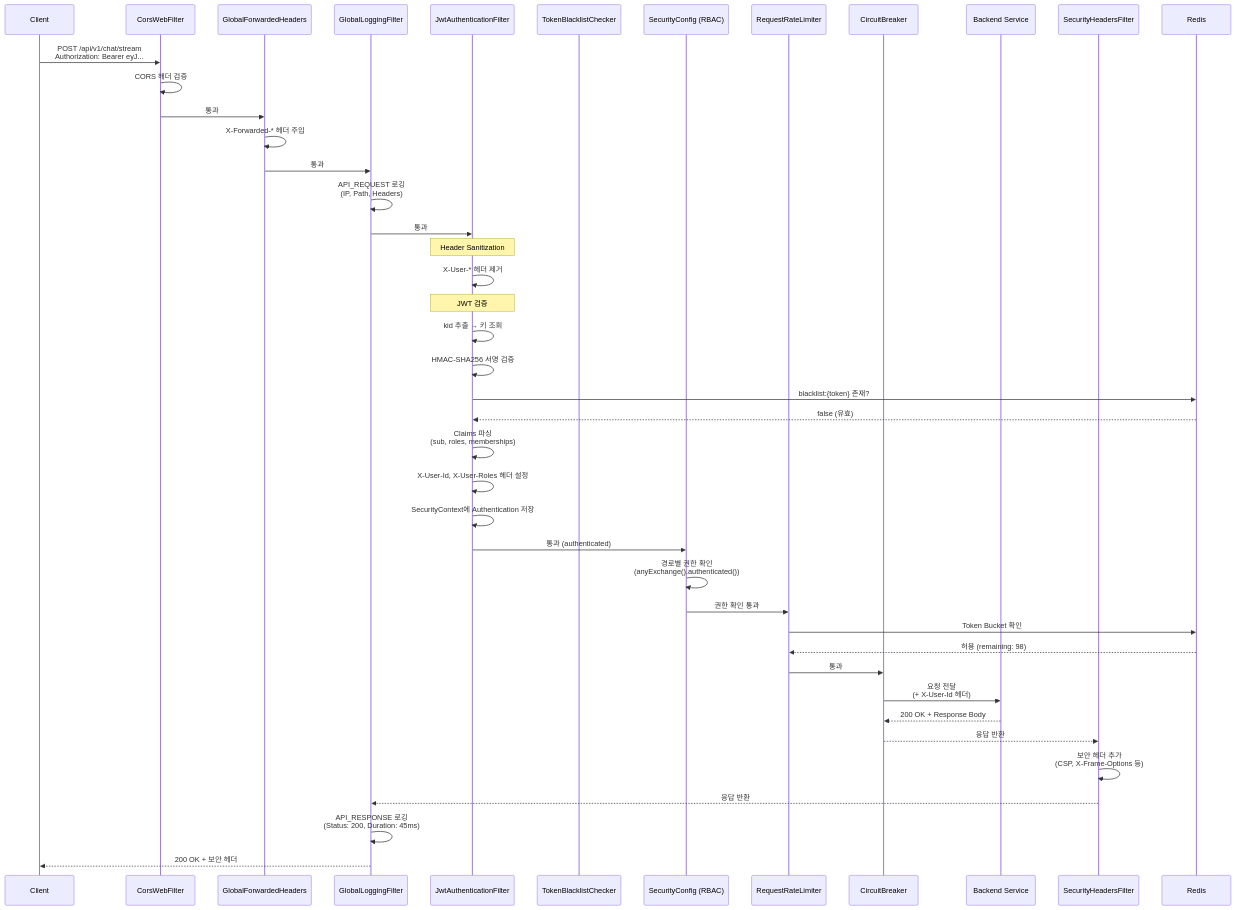
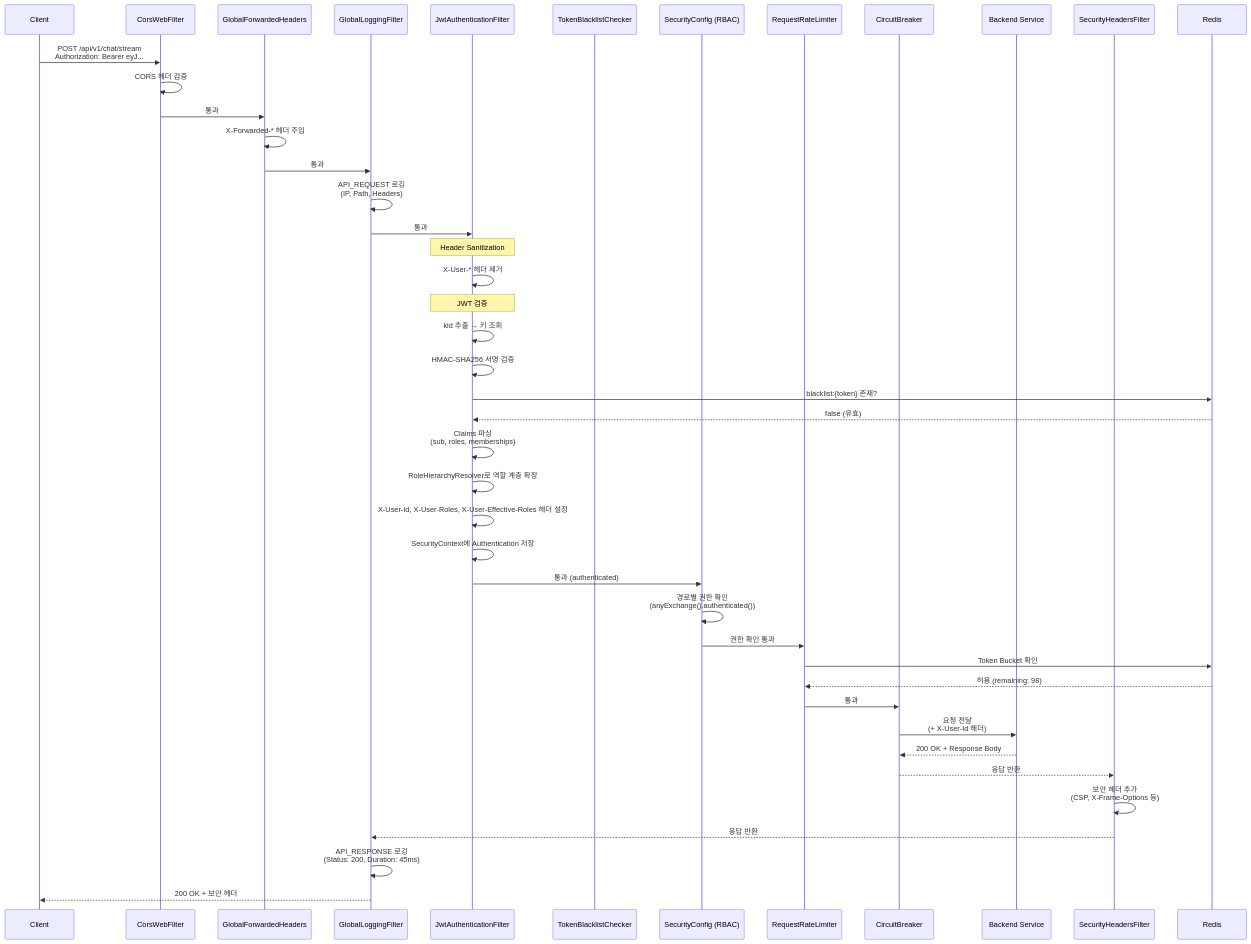
The first of 7 diagrams in docs/architecture/api-gateway/data-flow.md (L-a-z-e/portal-universe), drawn with Mermaid before and after one commit. The commit also changed other lines of this file and 108 other files, not shown here.

````diff
--- a/docs/architecture/api-gateway/data-flow.md
+++ b/docs/architecture/api-gateway/data-flow.md
@@ -36,58 +36,59 @@
 ```mermaid
 sequenceDiagram
     participant C as Client
     participant CORS as CorsWebFilter
     participant FWD as GlobalForwardedHeaders
     participant LOG as GlobalLoggingFilter
     participant JWT as JwtAuthenticationFilter
     participant BL as TokenBlacklistChecker
     participant SC as SecurityConfig (RBAC)
     participant RL as RequestRateLimiter
     participant CB as CircuitBreaker
     participant SVC as Backend Service
     participant SEC as SecurityHeadersFilter
     participant REDIS as Redis
 
     C->>CORS: POST /api/v1/chat/stream<br/>Authorization: Bearer eyJ...
     CORS->>CORS: CORS 헤더 검증
     CORS->>FWD: 통과
 
     FWD->>FWD: X-Forwarded-* 헤더 주입
     FWD->>LOG: 통과
 
     LOG->>LOG: API_REQUEST 로깅<br/>(IP, Path, Headers)
     LOG->>JWT: 통과
 
     Note over JWT: Header Sanitization
     JWT->>JWT: X-User-* 헤더 제거
 
     Note over JWT: JWT 검증
     JWT->>JWT: kid 추출 → 키 조회
     JWT->>JWT: HMAC-SHA256 서명 검증
 
     JWT->>REDIS: blacklist:{token} 존재?
     REDIS-->>JWT: false (유효)
 
     JWT->>JWT: Claims 파싱<br/>(sub, roles, memberships)
-    JWT->>JWT: X-User-Id, X-User-Roles 헤더 설정
+    JWT->>JWT: RoleHierarchyResolver로 역할 계층 확장
+    JWT->>JWT: X-User-Id, X-User-Roles, X-User-Effective-Roles 헤더 설정
     JWT->>JWT: SecurityContext에 Authentication 저장
 
     JWT->>SC: 통과 (authenticated)
     SC->>SC: 경로별 권한 확인<br/>(anyExchange().authenticated())
     SC->>RL: 권한 확인 통과
 
     RL->>REDIS: Token Bucket 확인
     REDIS-->>RL: 허용 (remaining: 98)
     RL->>CB: 통과
 
     CB->>SVC: 요청 전달<br/>(+ X-User-Id 헤더)
     SVC-->>CB: 200 OK + Response Body
 
     CB-->>SEC: 응답 반환
     SEC->>SEC: 보안 헤더 추가<br/>(CSP, X-Frame-Options 등)
 
     SEC-->>LOG: 응답 반환
     LOG->>LOG: API_RESPONSE 로깅<br/>(Status: 200, Duration: 45ms)
 
     LOG-->>C: 200 OK + 보안 헤더
 ```
````
